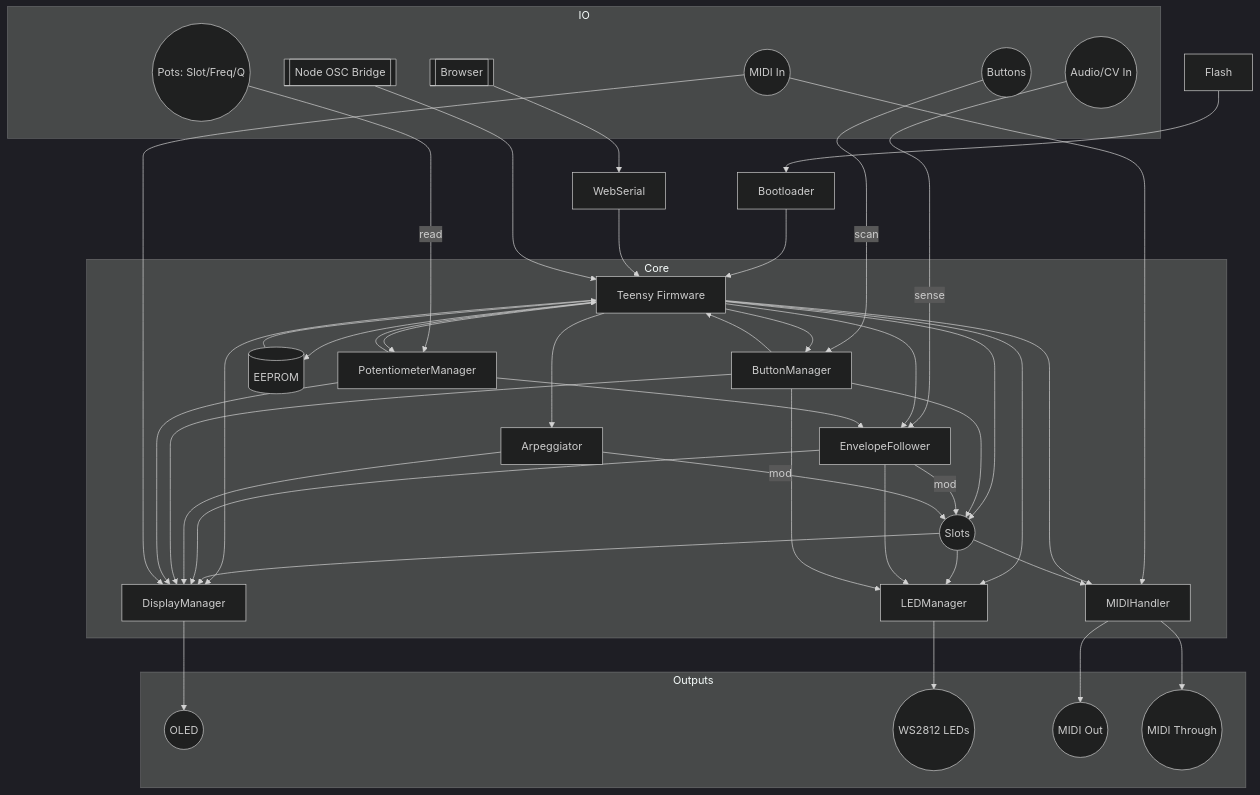
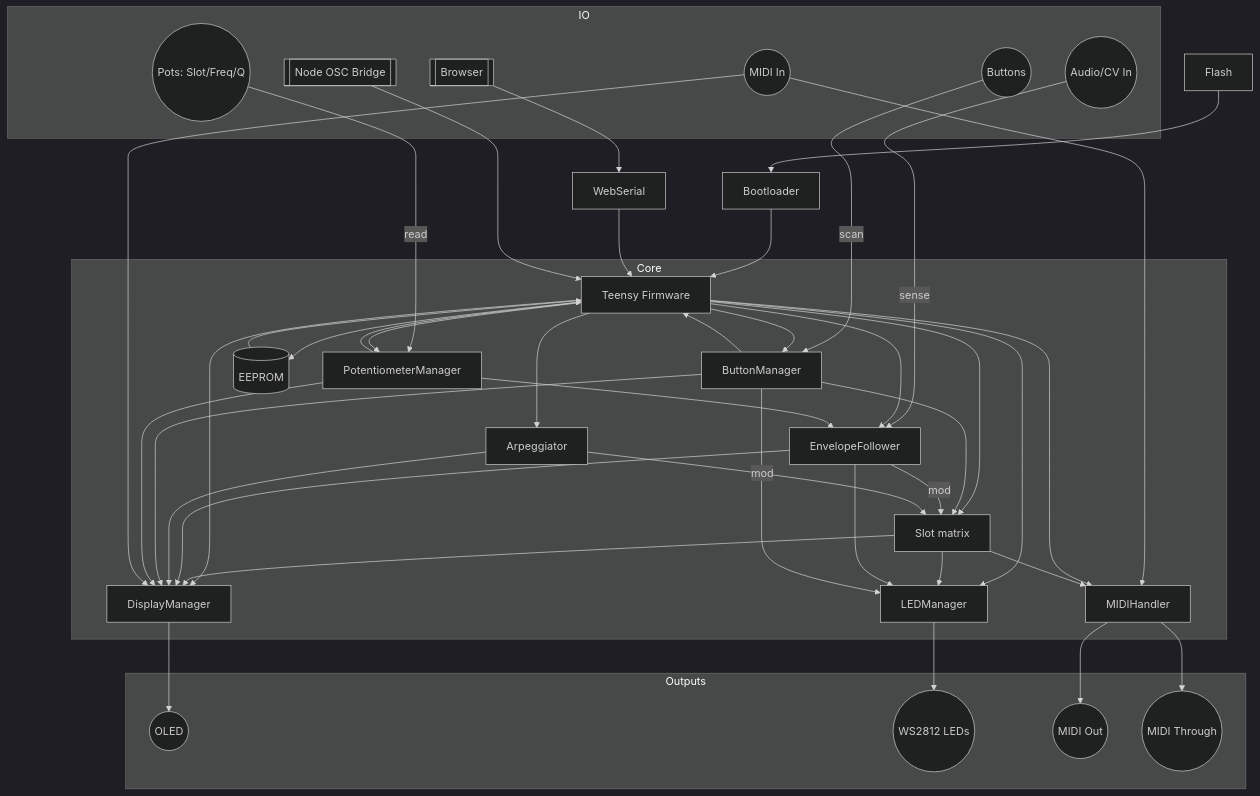
Before and after one commit to bseverns/MOARkNOBS-42: the diagram in firmware/README.md, drawn with Mermaid (dark theme).

````diff
--- a/firmware/README.md
+++ b/firmware/README.md
@@ -140,73 +140,73 @@
 ```mermaid
 flowchart TD
   Flash --> Loader[Bootloader] --> FW[Teensy Firmware]
 
   subgraph IO
     Buttons((Buttons))
     Pots((Pots: Slot/Freq/Q))
     AudioIn((Audio/CV In))
     MIDIIN((MIDI In))
     Browser[[Browser]]
     NodeOSC[[Node OSC Bridge]]
   end
 
   subgraph Core
     FW
     BM[ButtonManager]
     PM[PotentiometerManager]
     EF[EnvelopeFollower]
     ARP[Arpeggiator]
     MM[MIDIHandler]
     DM[DisplayManager]
     LM[LEDManager]
-    Slots((Slots))
+    Slots[Slot matrix]
     EEPROM[(EEPROM)]
   end
 
   subgraph Outputs
     OLED((OLED))
     LEDs((WS2812 LEDs))
     MIDIOut((MIDI Out))
     MIDIThrough((MIDI Through))
   end
 
   Buttons -->|scan| BM
   Pots -->|read| PM
   AudioIn -->|sense| EF
   MIDIIN --> MM
   Browser --> WebSerial --> FW
   NodeOSC --> FW
 
   BM --> FW
   PM --> FW
   FW --> BM
   FW --> PM
   FW --> EF
   FW --> ARP
   FW --> MM
   FW --> DM
   FW --> LM
   FW --> Slots
   FW --> EEPROM
   EEPROM --> FW
 
   BM --> Slots
   PM --> EF
   EF -->|mod| Slots
   ARP -->|mod| Slots
   Slots --> MM
   Slots --> LM
   Slots --> DM
   EF --> LM
   EF --> DM
   ARP --> DM
   BM --> DM
   BM --> LM
   PM --> DM
   MIDIIN --> DM
 
   MM --> MIDIOut
   MM --> MIDIThrough
   DM --> OLED
   LM --> LEDs
 ```
````
